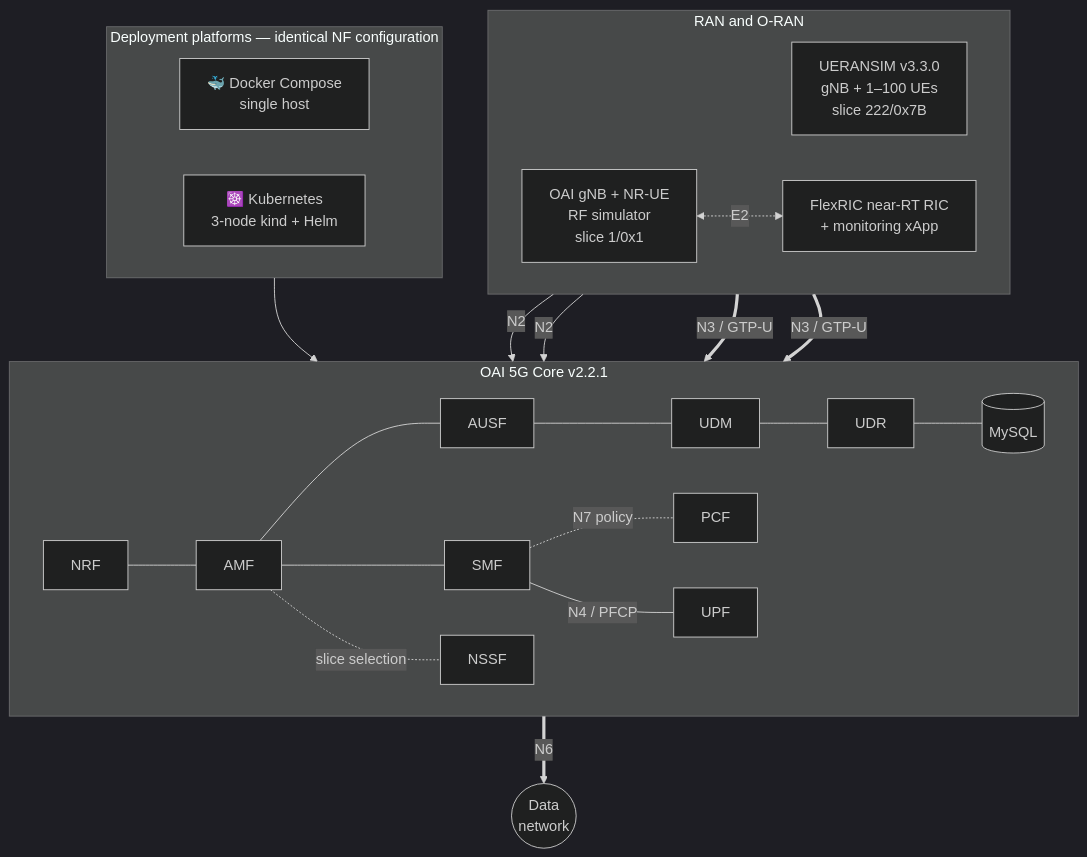
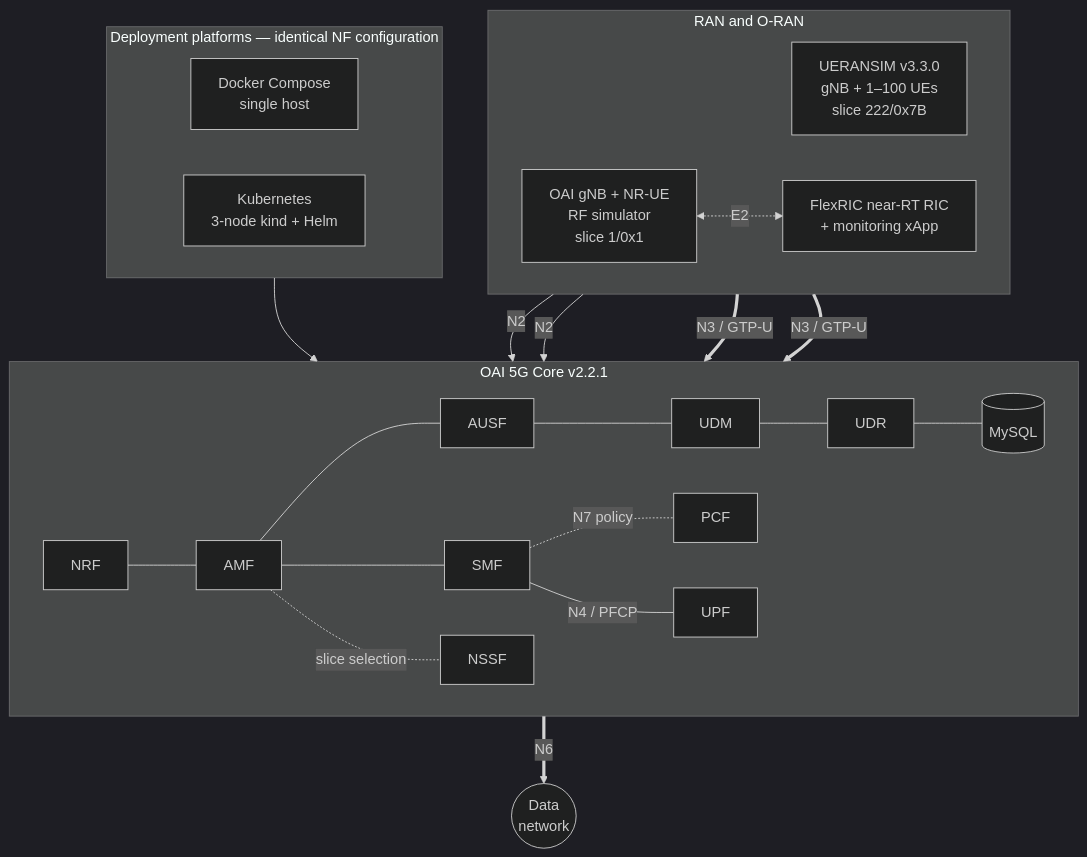
One commit to SHAHEER-D/Cloud-Native-Softwarization-of-an-Open-Source-5G-Core-Using-Docker-Kubernetes-UERANSIM-and-OAI changed the first of 5 diagrams in README.md. Above: the diagram before and after it, drawn with Mermaid (dark theme). The commit also changed other lines of this file, not shown here.

````diff
--- a/README.md
+++ b/README.md
@@ -55,33 +55,33 @@
 ```mermaid
 flowchart TB
     subgraph PLAT["Deployment platforms — identical NF configuration"]
         direction LR
-        DC["🐳 Docker Compose<br/>single host"]
-        K8S["☸️ Kubernetes<br/>3-node kind + Helm"]
+        DC[" Docker Compose<br/>single host"]
+        K8S[" Kubernetes<br/>3-node kind + Helm"]
     end
 
     subgraph CORE["OAI 5G Core v2.2.1"]
         direction LR
         NRF[NRF] --- AMF[AMF]
         AMF --- SMF[SMF]
         AMF --- AUSF[AUSF] --- UDM[UDM] --- UDR[UDR] --- DB[(MySQL)]
         AMF -. slice selection .- NSSF[NSSF]
         SMF -. N7 policy .- PCF[PCF]
         SMF ---|"N4 / PFCP"| UPF[UPF]
     end
 
     subgraph RAN["RAN and O-RAN"]
         direction LR
         UER["UERANSIM v3.3.0<br/>gNB + 1–100 UEs<br/>slice 222/0x7B"]
         GNB["OAI gNB + NR-UE<br/>RF simulator<br/>slice 1/0x1"]
         RIC["FlexRIC near-RT RIC<br/>+ monitoring xApp"]
         GNB <-. E2 .-> RIC
     end
 
     PLAT --> CORE
     UER -- N2 --> AMF
     GNB -- N2 --> AMF
     UER ==>|"N3 / GTP-U"| UPF
     GNB ==>|"N3 / GTP-U"| UPF
     UPF ==>|N6| DN(("Data<br/>network"))
 ```
````
